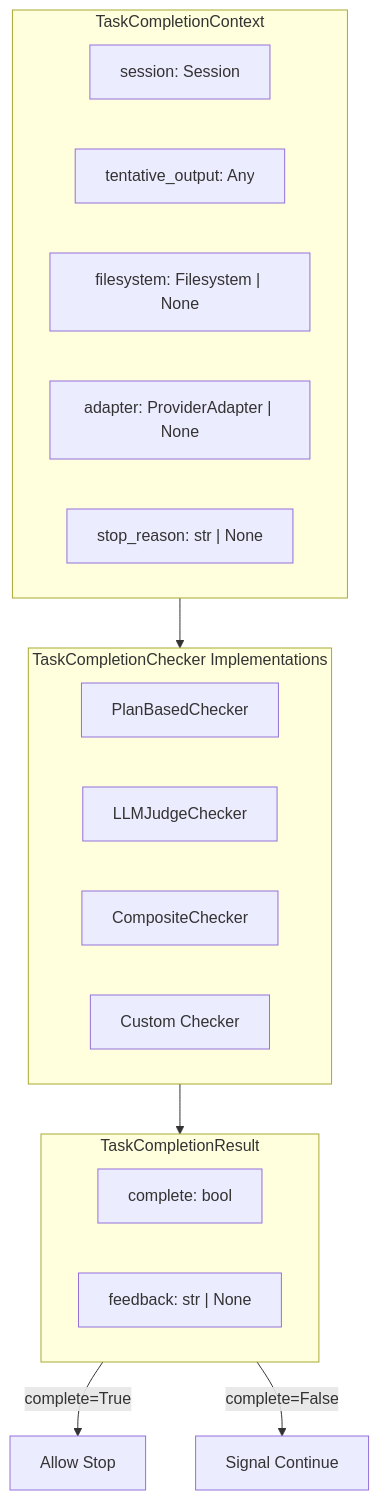
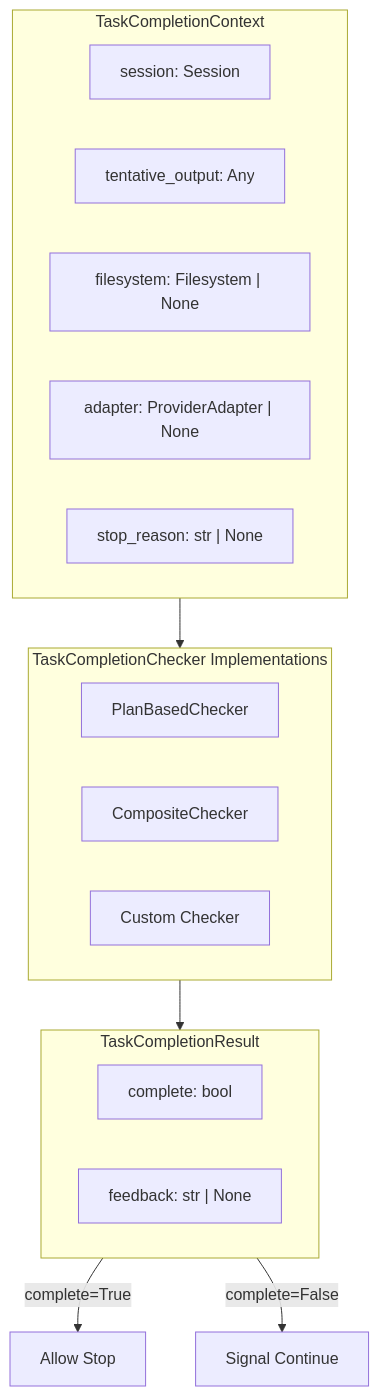
The diagram in specs/TASK_COMPLETION.md (weakincentives/weakincentives), drawn with Mermaid before and after one commit. The commit also changed other lines of this file and 8 other files, not shown here.

````diff
--- a/specs/TASK_COMPLETION.md
+++ b/specs/TASK_COMPLETION.md
@@ -29,27 +28,26 @@
 ```mermaid
 flowchart TB
     subgraph Context["TaskCompletionContext"]
         Session["session: Session"]
         Output["tentative_output: Any"]
         FS["filesystem: Filesystem | None"]
         Adapter["adapter: ProviderAdapter | None"]
         Reason["stop_reason: str | None"]
     end
 
     subgraph Checkers["TaskCompletionChecker Implementations"]
         Plan["PlanBasedChecker"]
-        LLM["LLMJudgeChecker"]
         Composite["CompositeChecker"]
         Custom["Custom Checker"]
     end
 
     subgraph Result["TaskCompletionResult"]
         Complete["complete: bool"]
         Feedback["feedback: str | None"]
     end
 
     Context --> Checkers
     Checkers --> Result
     Result -->|complete=True| AllowStop["Allow Stop"]
     Result -->|complete=False| Continue["Signal Continue"]
 ```
````
